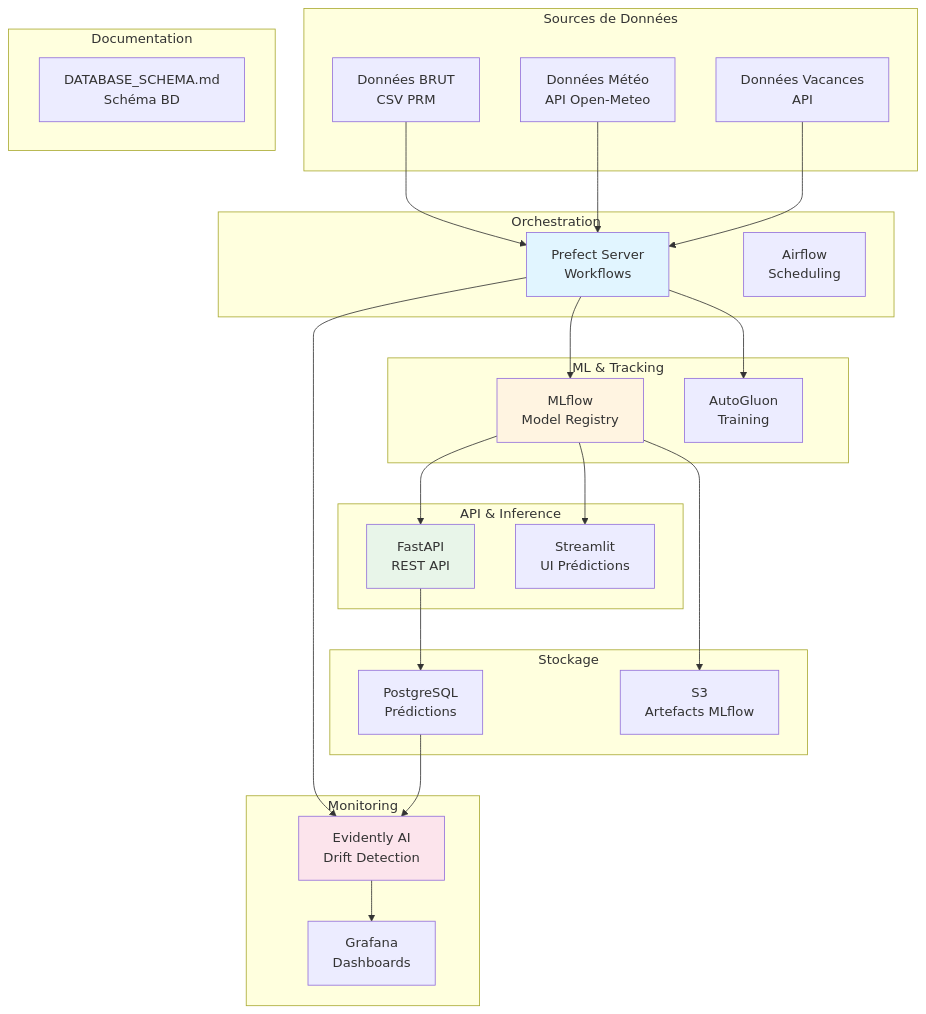
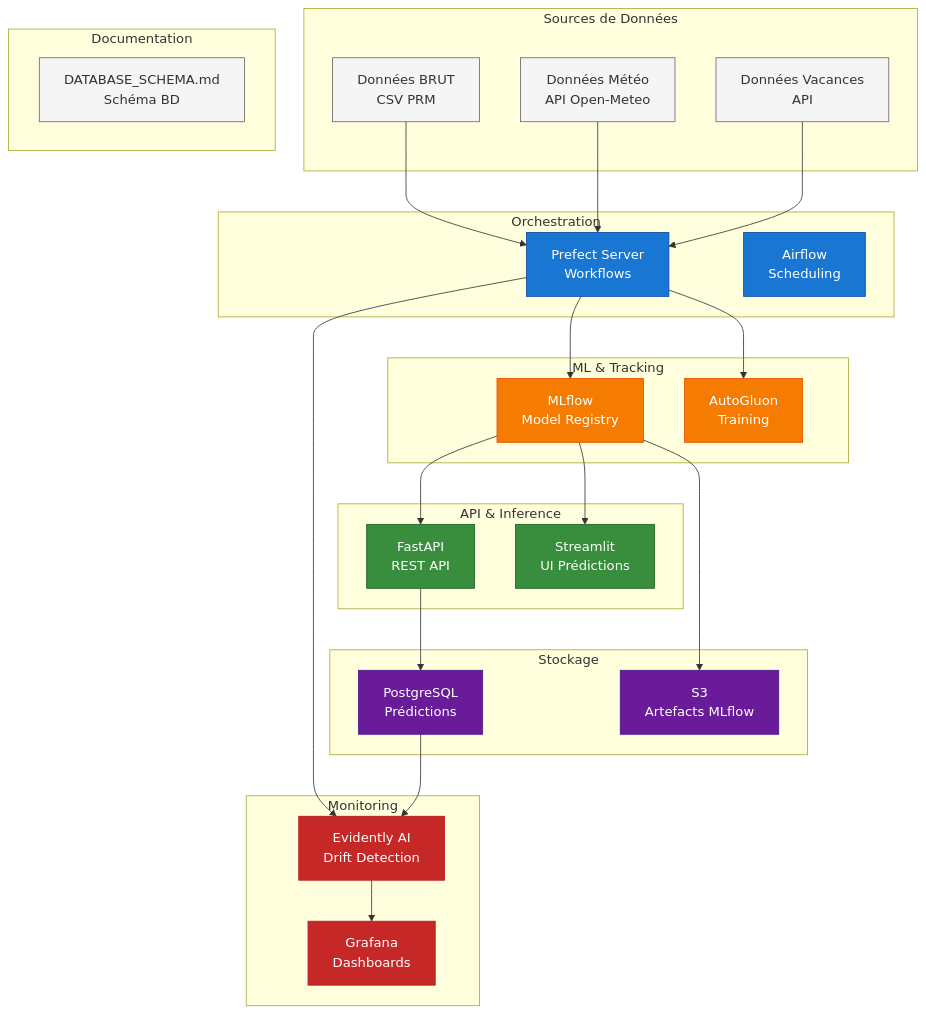
Before and after one commit to jinsudai/jinsudai: the first of 21 diagrams in docs/ARCHITECTURE_MLOPS.md, drawn with Mermaid. The commit also changed other lines of this file and 9 other files, not shown here.

````diff
--- a/docs/ARCHITECTURE_MLOPS.md
+++ b/docs/ARCHITECTURE_MLOPS.md
@@ -19,55 +19,63 @@
 ```mermaid
 graph TB
+    classDef orchestration fill:#1976D2,stroke:#0D47A1,color:#fff
+    classDef ml fill:#F57C00,stroke:#E65100,color:#fff
+    classDef api fill:#388E3C,stroke:#1B5E20,color:#fff
+    classDef monitoring fill:#C62828,stroke:#B71C1C,color:#fff
+    classDef storage fill:#6A1B9A,stroke:#4A148C,color:#fff
+    classDef default fill:#f5f5f5,stroke:#666,color:#333
+
     subgraph "Sources de Données"
         A[Données BRUT<br/>CSV PRM]
         B[Données Météo<br/>API Open-Meteo]
         C[Données Vacances<br/>API]
     end
-    
+
     subgraph "Orchestration"
         D[Prefect Server<br/>Workflows]
         E[Airflow<br/>Scheduling]
     end
-    
+
     subgraph "ML & Tracking"
         F[MLflow<br/>Model Registry]
         G[AutoGluon<br/>Training]
     end
-    
+
     subgraph "API & Inference"
         H[FastAPI<br/>REST API]
         I[Streamlit<br/>UI Prédictions]
     end
-    
+
     subgraph "Monitoring"
         J[Evidently AI<br/>Drift Detection]
         K[Grafana<br/>Dashboards]
     end
-    
+
     subgraph "Stockage"
         L[PostgreSQL<br/>Prédictions]
         M[S3<br/>Artefacts MLflow]
     end
 
     subgraph "Documentation"
         N[DATABASE_SCHEMA.md<br/>Schéma BD]
     end
-    
+
     A --> D
     B --> D
     C --> D
     D --> F
     D --> G
     F --> H
     F --> I
     H --> L
     D --> J
     J --> K
     F --> M
     L --> J
-    
-    style D fill:#e1f5ff
-    style F fill:#fff4e1
-    style H fill:#e8f5e9
-    style J fill:#fce4ec
+
+    class D,E orchestration
+    class F,G ml
+    class H,I api
+    class J,K monitoring
+    class L,M storage
 ```
````
